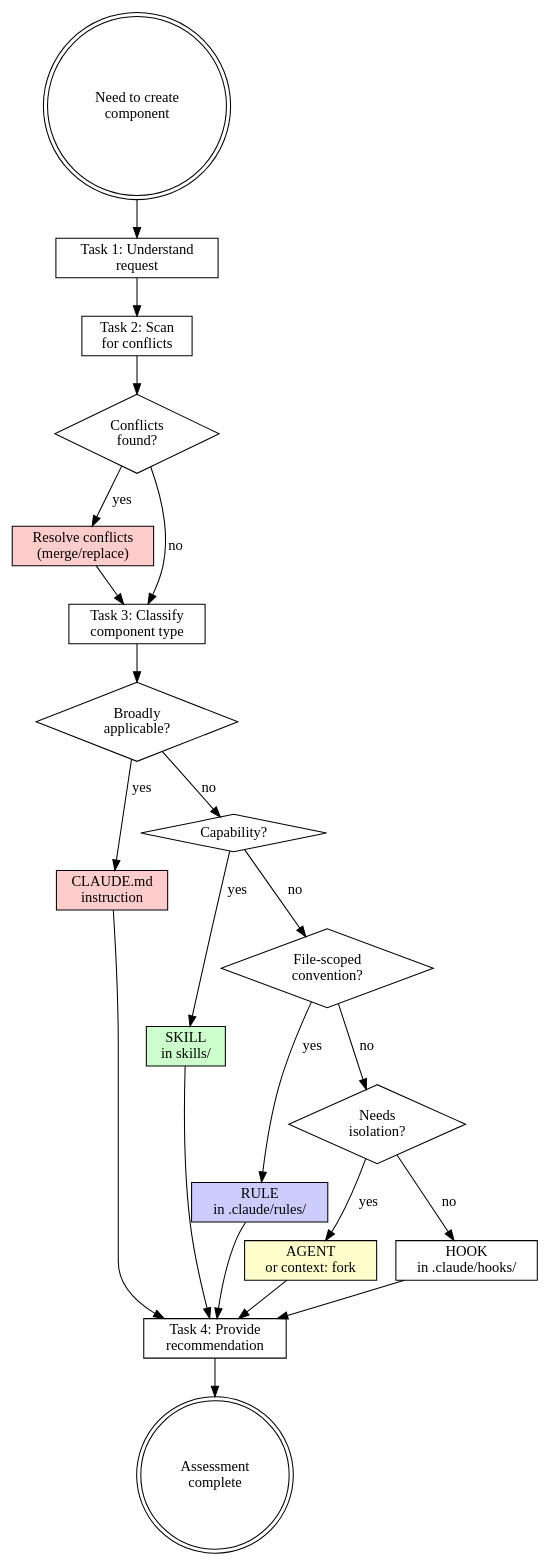
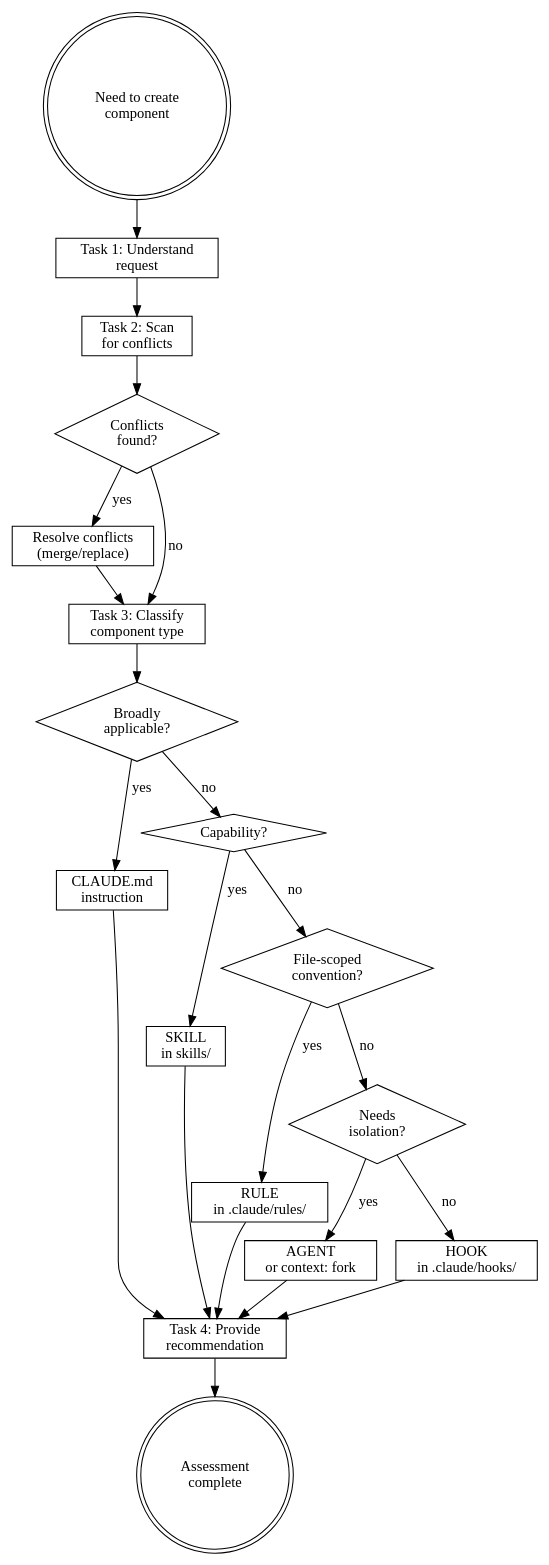
One commit to wayne930242/Reflexive-Claude-Code changed the diagram in plugins/rcc/skills/advising-architecture/SKILL.md. Above: the diagram before and after it, drawn with Graphviz. The commit also changed 16 other files, not shown here.

````diff
--- a/plugins/rcc/skills/advising-architecture/SKILL.md
+++ b/plugins/rcc/skills/advising-architecture/SKILL.md
@@ -248,45 +248,45 @@
 ```dot
 digraph architecture_assessment {
     rankdir=TB;
 
     start [label="Need to create\ncomponent", shape=doublecircle];
     understand [label="Task 1: Understand\nrequest", shape=box];
     scan [label="Task 2: Scan\nfor conflicts", shape=box];
     conflicts [label="Conflicts\nfound?", shape=diamond];
-    resolve [label="Resolve conflicts\n(merge/replace)", shape=box, style=filled, fillcolor="#ffcccc"];
+    resolve [label="Resolve conflicts\n(merge/replace)", shape=box];
     classify [label="Task 3: Classify\ncomponent type", shape=box];
     is_broad [label="Broadly\napplicable?", shape=diamond];
-    claudemd [label="CLAUDE.md\ninstruction", shape=box, style=filled, fillcolor="#ffcccc"];
+    claudemd [label="CLAUDE.md\ninstruction", shape=box];
     is_capability [label="Capability?", shape=diamond];
-    skill [label="SKILL\nin skills/", shape=box, style=filled, fillcolor="#ccffcc"];
+    skill [label="SKILL\nin skills/", shape=box];
     is_scoped [label="File-scoped\nconvention?", shape=diamond];
-    rule [label="RULE\nin .claude/rules/", shape=box, style=filled, fillcolor="#ccccff"];
+    rule [label="RULE\nin .claude/rules/", shape=box];
     is_isolated [label="Needs\nisolation?", shape=diamond];
-    agent [label="AGENT\nor context: fork", shape=box, style=filled, fillcolor="#ffffcc"];
+    agent [label="AGENT\nor context: fork", shape=box];
     hook [label="HOOK\nin .claude/hooks/", shape=box];
     recommend [label="Task 4: Provide\nrecommendation", shape=box];
     done [label="Assessment\ncomplete", shape=doublecircle];
 
     start -> understand;
     understand -> scan;
     scan -> conflicts;
     conflicts -> resolve [label="yes"];
     conflicts -> classify [label="no"];
     resolve -> classify;
     classify -> is_broad;
     is_broad -> claudemd [label="yes"];
     is_broad -> is_capability [label="no"];
     is_capability -> skill [label="yes"];
     is_capability -> is_scoped [label="no"];
     is_scoped -> rule [label="yes"];
     is_scoped -> is_isolated [label="no"];
     is_isolated -> agent [label="yes"];
     is_isolated -> hook [label="no"];
     claudemd -> recommend;
     skill -> recommend;
     rule -> recommend;
     agent -> recommend;
     hook -> recommend;
     recommend -> done;
 }
 ```
````
